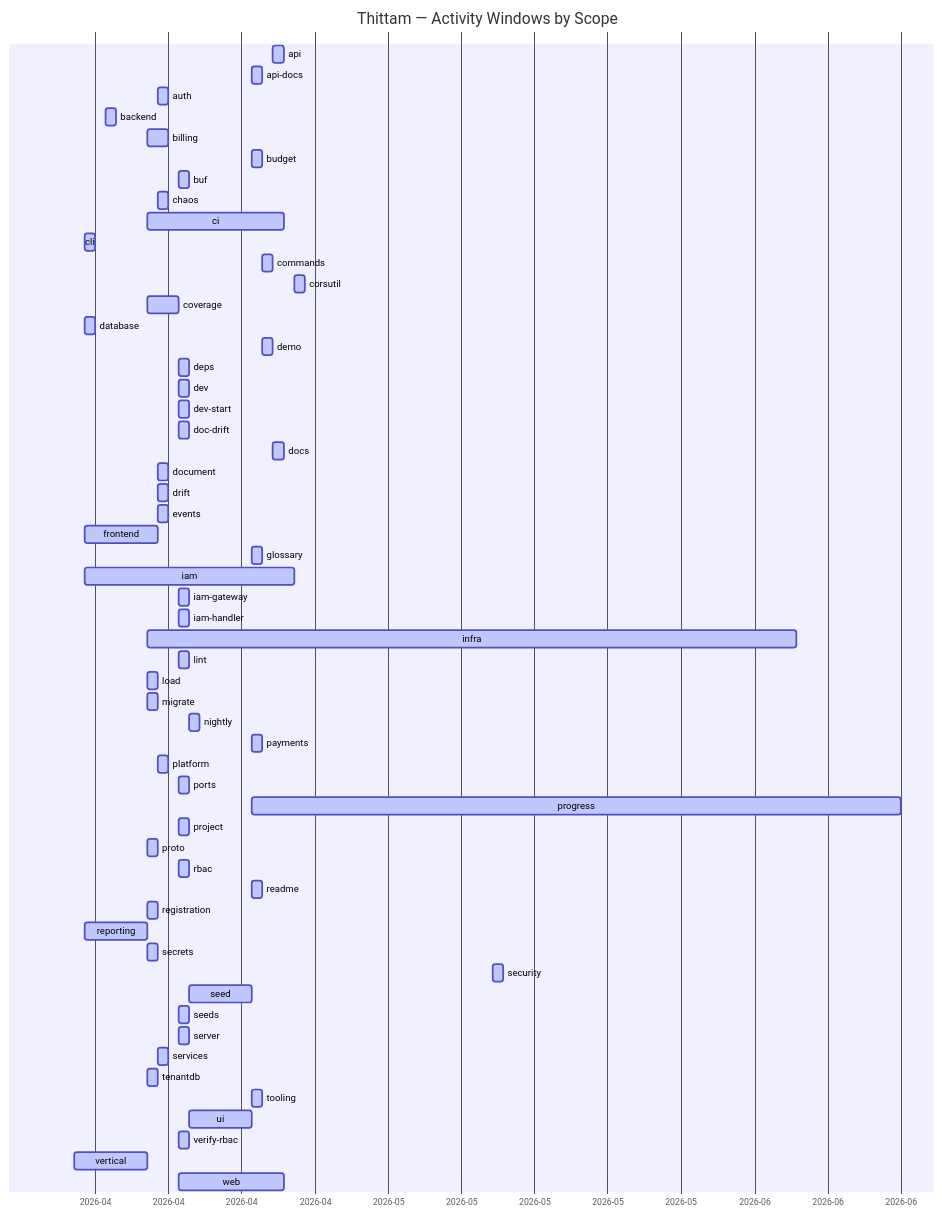
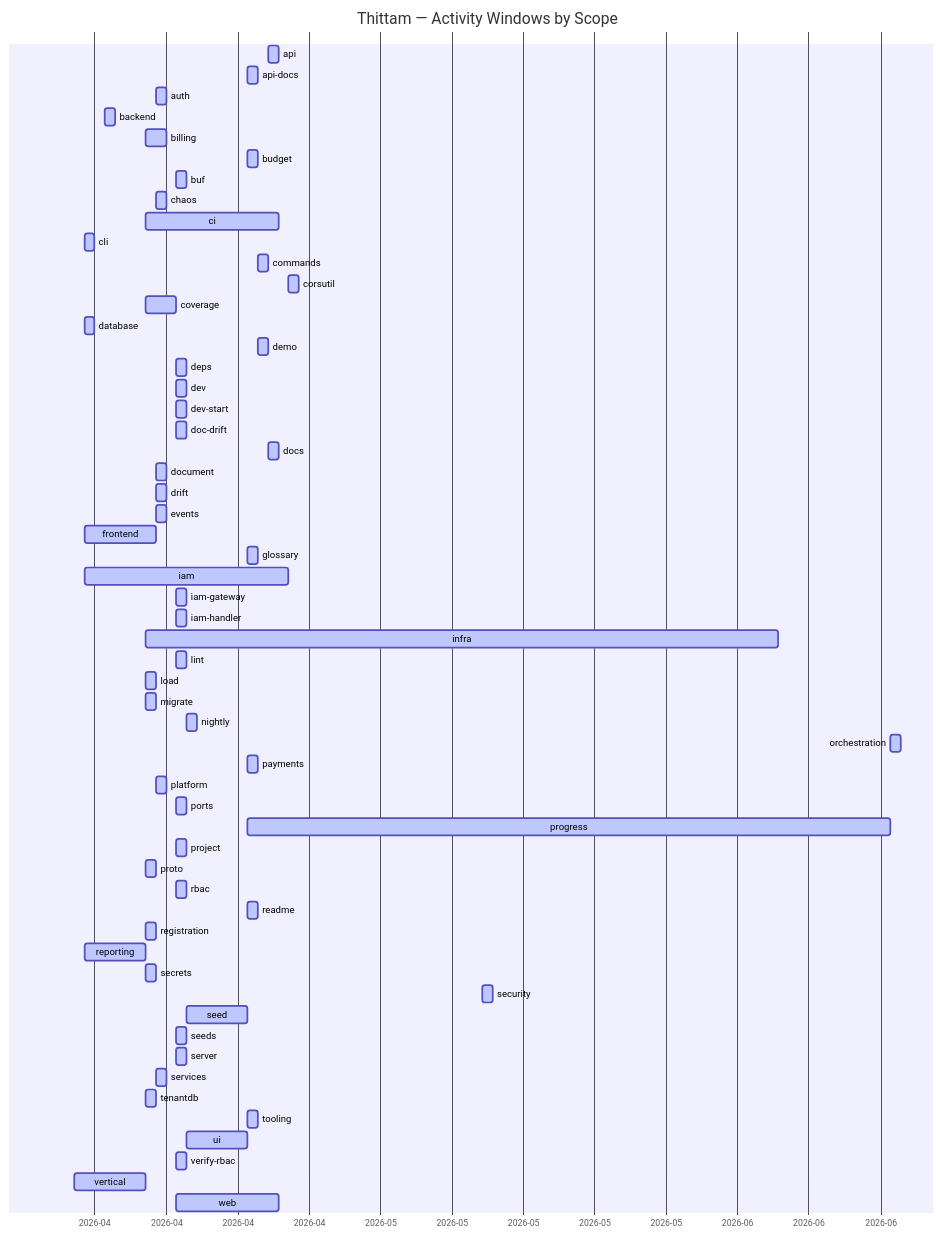
One commit to wegofwd2020-hub/thittam changed the diagram in docs/PROGRESS.md. Above: the diagram before and after it, drawn with Mermaid. The commit also changed other lines of this file and 2 other files, not shown here.

Commit message:
chore(progress): nightly update of docs/PROGRESS.md + CSVs

````diff
--- a/docs/PROGRESS.md
+++ b/docs/PROGRESS.md
@@ -9,61 +9,62 @@
 ```mermaid
 gantt
     title Thittam — Activity Windows by Scope
     dateFormat YYYY-MM-DD
     axisFormat %Y-%m
     api                :active, s_api, 2026-04-22, 2026-04-23
     api-docs           :active, s_api_docs, 2026-04-20, 2026-04-21
     auth               :active, s_auth, 2026-04-11, 2026-04-12
     backend            :active, s_backend, 2026-04-06, 2026-04-07
     billing            :active, s_billing, 2026-04-10, 2026-04-12
     budget             :active, s_budget, 2026-04-20, 2026-04-21
     buf                :active, s_buf, 2026-04-13, 2026-04-14
     chaos              :active, s_chaos, 2026-04-11, 2026-04-12
     ci                 :active, s_ci, 2026-04-10, 2026-04-23
     cli                :active, s_cli, 2026-04-04, 2026-04-05
     commands           :active, s_commands, 2026-04-21, 2026-04-22
     corsutil           :active, s_corsutil, 2026-04-24, 2026-04-25
     coverage           :active, s_coverage, 2026-04-10, 2026-04-13
     database           :active, s_database, 2026-04-04, 2026-04-05
     demo               :active, s_demo, 2026-04-21, 2026-04-22
     deps               :active, s_deps, 2026-04-13, 2026-04-14
     dev                :active, s_dev, 2026-04-13, 2026-04-14
     dev-start          :active, s_dev_start, 2026-04-13, 2026-04-14
     doc-drift          :active, s_doc_drift, 2026-04-13, 2026-04-14
     docs               :active, s_docs, 2026-04-22, 2026-04-23
     document           :active, s_document, 2026-04-11, 2026-04-12
     drift              :active, s_drift, 2026-04-11, 2026-04-12
     events             :active, s_events, 2026-04-11, 2026-04-12
     frontend           :active, s_frontend, 2026-04-04, 2026-04-11
     glossary           :active, s_glossary, 2026-04-20, 2026-04-21
     iam                :active, s_iam, 2026-04-04, 2026-04-24
     iam-gateway        :active, s_iam_gateway, 2026-04-13, 2026-04-14
     iam-handler        :active, s_iam_handler, 2026-04-13, 2026-04-14
     infra              :active, s_infra, 2026-04-10, 2026-06-11
     lint               :active, s_lint, 2026-04-13, 2026-04-14
     load               :active, s_load, 2026-04-10, 2026-04-11
     migrate            :active, s_migrate, 2026-04-10, 2026-04-11
     nightly            :active, s_nightly, 2026-04-14, 2026-04-15
+    orchestration      :active, s_orchestration, 2026-06-22, 2026-06-23
     payments           :active, s_payments, 2026-04-20, 2026-04-21
     platform           :active, s_platform, 2026-04-11, 2026-04-12
     ports              :active, s_ports, 2026-04-13, 2026-04-14
-    progress           :active, s_progress, 2026-04-20, 2026-06-21
+    progress           :active, s_progress, 2026-04-20, 2026-06-22
     project            :active, s_project, 2026-04-13, 2026-04-14
     proto              :active, s_proto, 2026-04-10, 2026-04-11
     rbac               :active, s_rbac, 2026-04-13, 2026-04-14
     readme             :active, s_readme, 2026-04-20, 2026-04-21
     registration       :active, s_registration, 2026-04-10, 2026-04-11
     reporting          :active, s_reporting, 2026-04-04, 2026-04-10
     secrets            :active, s_secrets, 2026-04-10, 2026-04-11
     security           :active, s_security, 2026-05-13, 2026-05-14
     seed               :active, s_seed, 2026-04-14, 2026-04-20
     seeds              :active, s_seeds, 2026-04-13, 2026-04-14
     server             :active, s_server, 2026-04-13, 2026-04-14
     services           :active, s_services, 2026-04-11, 2026-04-12
     tenantdb           :active, s_tenantdb, 2026-04-10, 2026-04-11
     tooling            :active, s_tooling, 2026-04-20, 2026-04-21
     ui                 :active, s_ui, 2026-04-14, 2026-04-20
     verify-rbac        :active, s_verify_rbac, 2026-04-13, 2026-04-14
     vertical           :active, s_vertical, 2026-04-03, 2026-04-10
     web                :active, s_web, 2026-04-13, 2026-04-23
 ```
````
